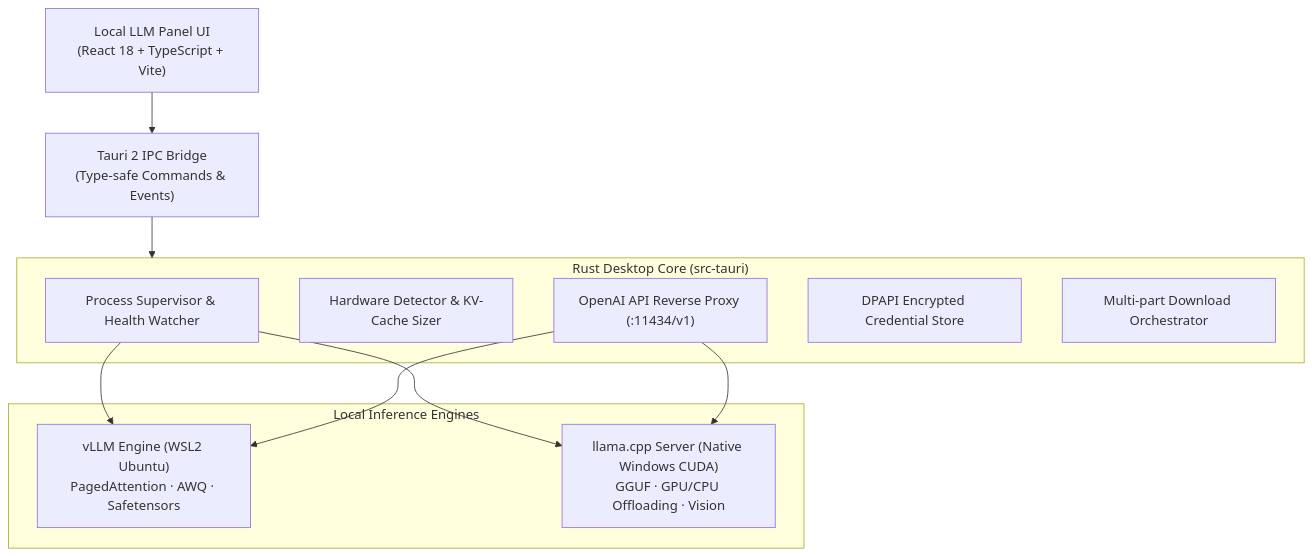
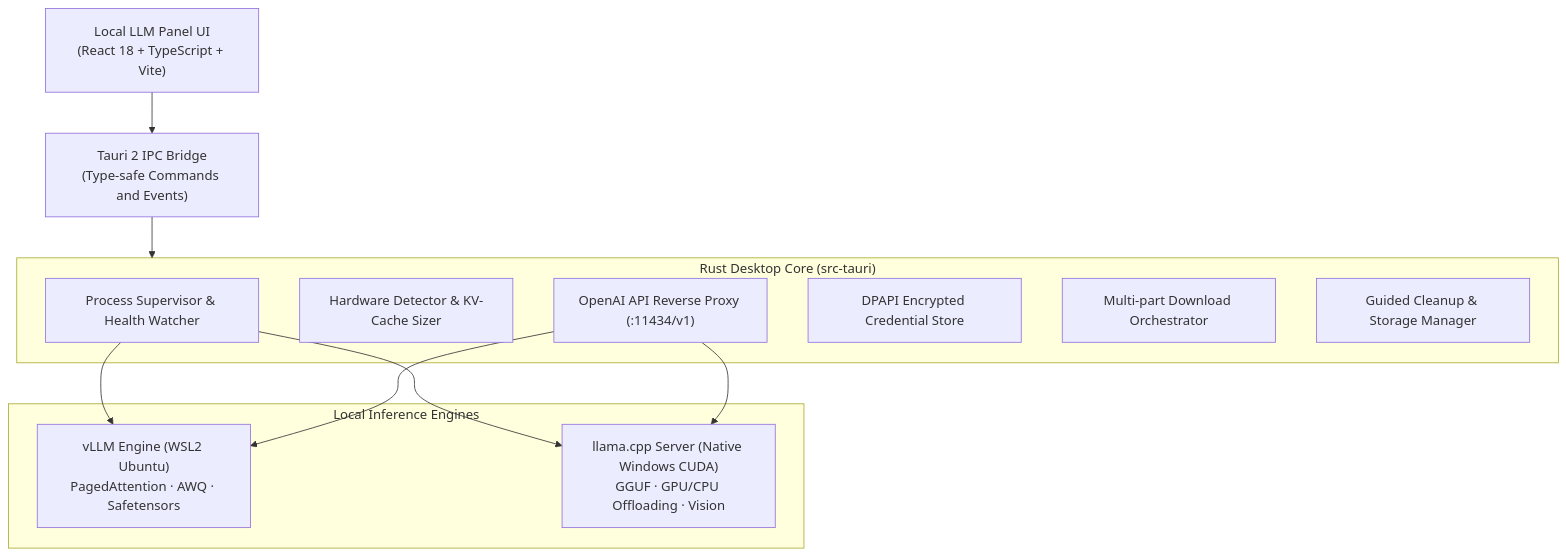
Before and after one commit to SeanDolan0/LocalLLmPanel: the diagram in README.md, drawn with Mermaid. The commit also changed other lines of this file and 2 other files, not shown here.

````diff
--- a/README.md
+++ b/README.md
@@ -19,25 +19,26 @@
 ```mermaid
 graph TD
     UI["Local LLM Panel UI<br/>(React 18 + TypeScript + Vite)"]
-    IPC["Tauri 2 IPC Bridge<br/>(Type-safe Commands & Events)"]
+    IPC["Tauri 2 IPC Bridge<br/>(Type-safe Commands and Events)"]
     
     subgraph Core ["Rust Desktop Core (src-tauri)"]
         SPV["Process Supervisor & Health Watcher"]
         CALC["Hardware Detector & KV-Cache Sizer"]
         GW["OpenAI API Reverse Proxy (:11434/v1)"]
         VAULT["DPAPI Encrypted Credential Store"]
         DL["Multi-part Download Orchestrator"]
+        CLN["Guided Cleanup & Storage Manager"]
     end
 
     subgraph Backends ["Local Inference Engines"]
         VLLM["vLLM Engine (WSL2 Ubuntu)<br/>PagedAttention · AWQ · Safetensors"]
         LLAMA["llama.cpp Server (Native Windows CUDA)<br/>GGUF · GPU/CPU Offloading · Vision"]
     end
 
     UI --> IPC
     IPC --> Core
     SPV --> VLLM
     SPV --> LLAMA
     GW --> VLLM
     GW --> LLAMA
 ```
````
